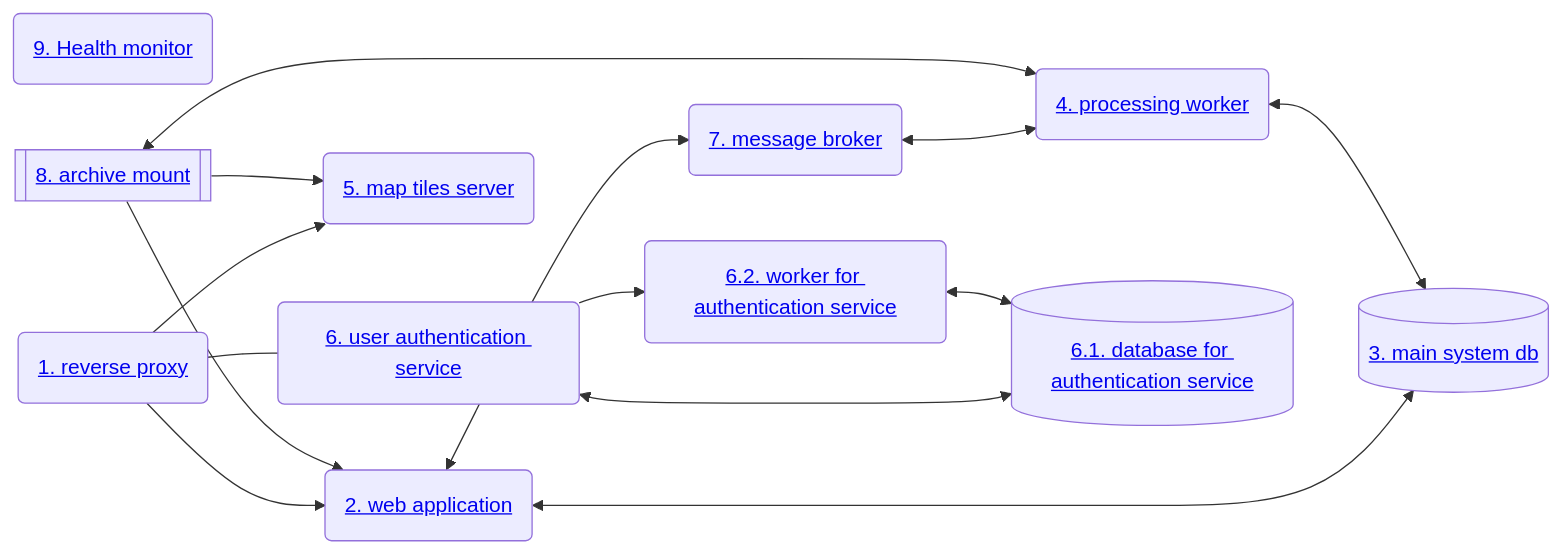
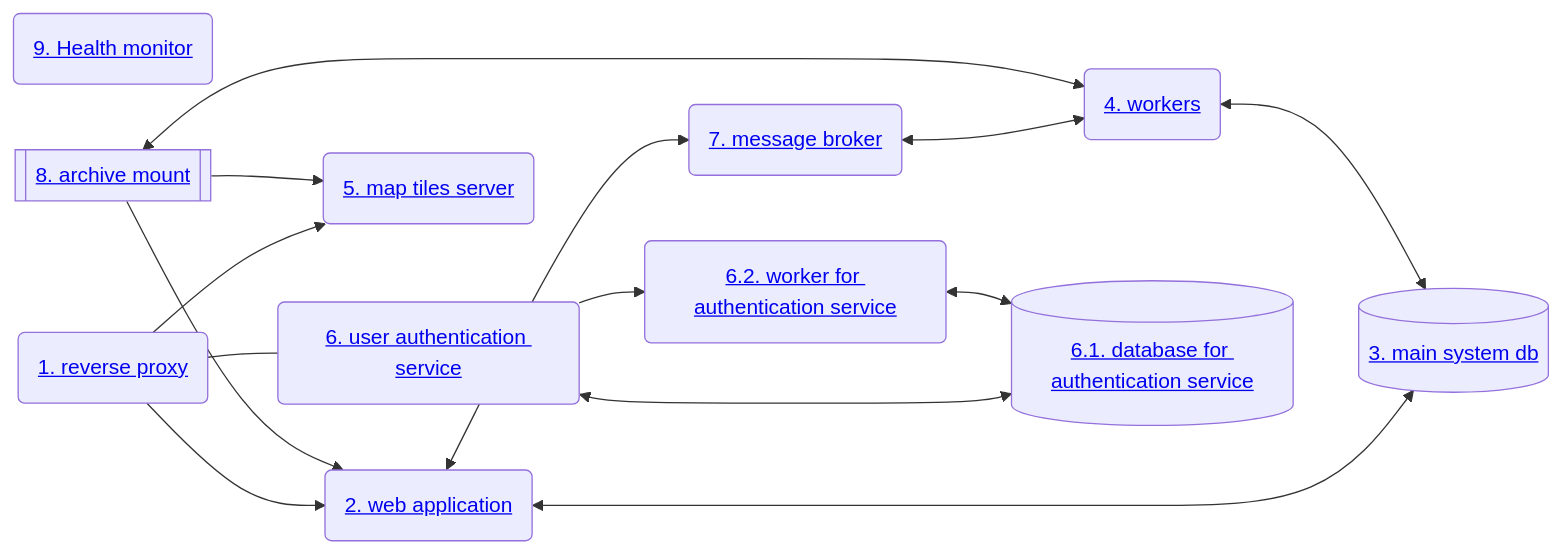
Before and after one commit to NaturalGIS/seis-lab-data: the diagram in docs/admin-guide.pt.md, drawn with Mermaid. The commit also changed other lines of this file and 47 other files, not shown here.

````diff
--- a/docs/admin-guide.pt.md
+++ b/docs/admin-guide.pt.md
@@ -430,27 +432,27 @@
 ```mermaid
 flowchart LR
     monitor(<a href="#9-componente-health-monitor">9. Health monitor</a>)
     rev-proxy(<a href="#1-componente-reverse-proxy">1. reverse proxy</a>)
     webapp(<a href="#2-componente-web-application">2. web application</a>)
     db[(<a href="#3-componente-main-system-db">3. main system db</a>)]
-    proc-worker(<a href="#4-componente-processing-worker">4. processing worker</a>)
+    workers(<a href="#4-componente-workers">4. workers</a>)
     tile-server(<a href="#5-componente-map-tiles-server">5. map tiles server</a>)
     auth-webapp(<a href="#6-componente-user-authentication-service">6. user authentication service</a>)
     auth-db[(<a href="#61-componente-database-for-authentication-service">6.1. database for authentication service</a>)]
     auth-worker(<a href="#62-componente-worker-for-authentication-service">6.2. worker for authentication service</a>)
     message-broker(<a href="#7-componente-message-broker">7. message broker</a>)
     arch[[<a href="#8-componente-archive-mount">8. archive mount</a>]]
     rev-proxy --> webapp
     rev-proxy --> tile-server
     rev-proxy --- auth-webapp
     auth-webapp <--> auth-db
     auth-webapp --> auth-worker
     auth-worker <--> auth-db
     webapp <--> db
-    proc-worker <--> db
+    workers <--> db
     webapp <--> message-broker
-    message-broker <--> proc-worker
+    message-broker <--> workers
     arch --> webapp
     arch --> tile-server
-    arch <--> proc-worker
+    arch <--> workers
 ```
````
